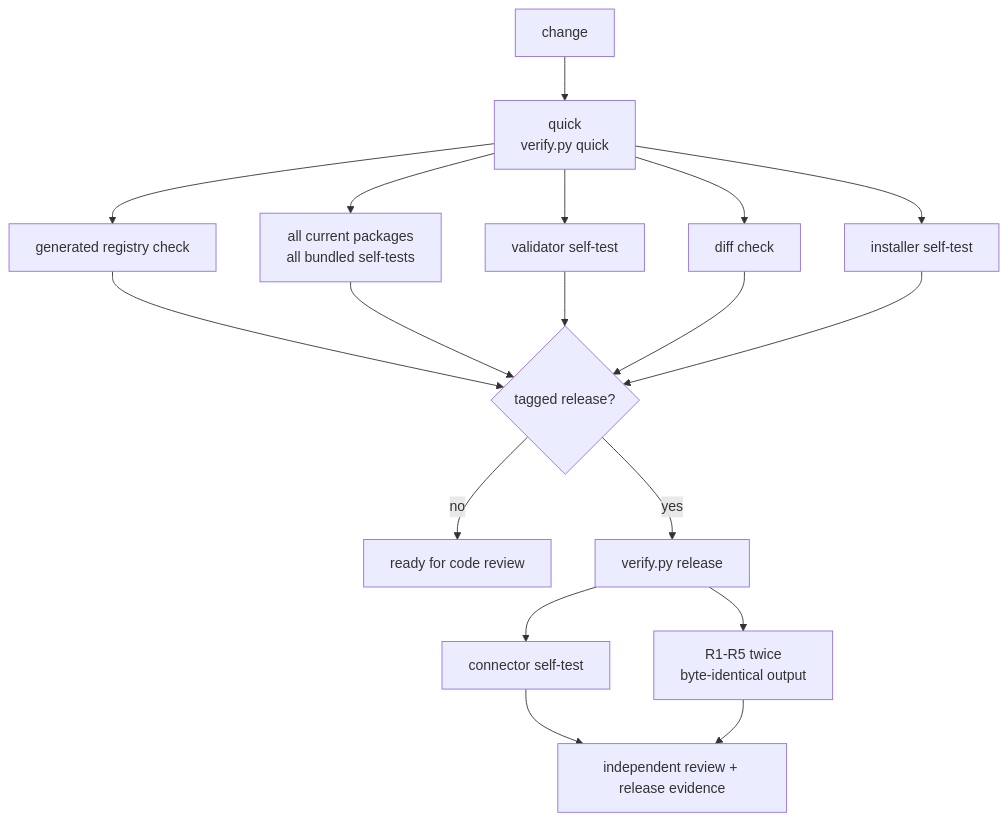
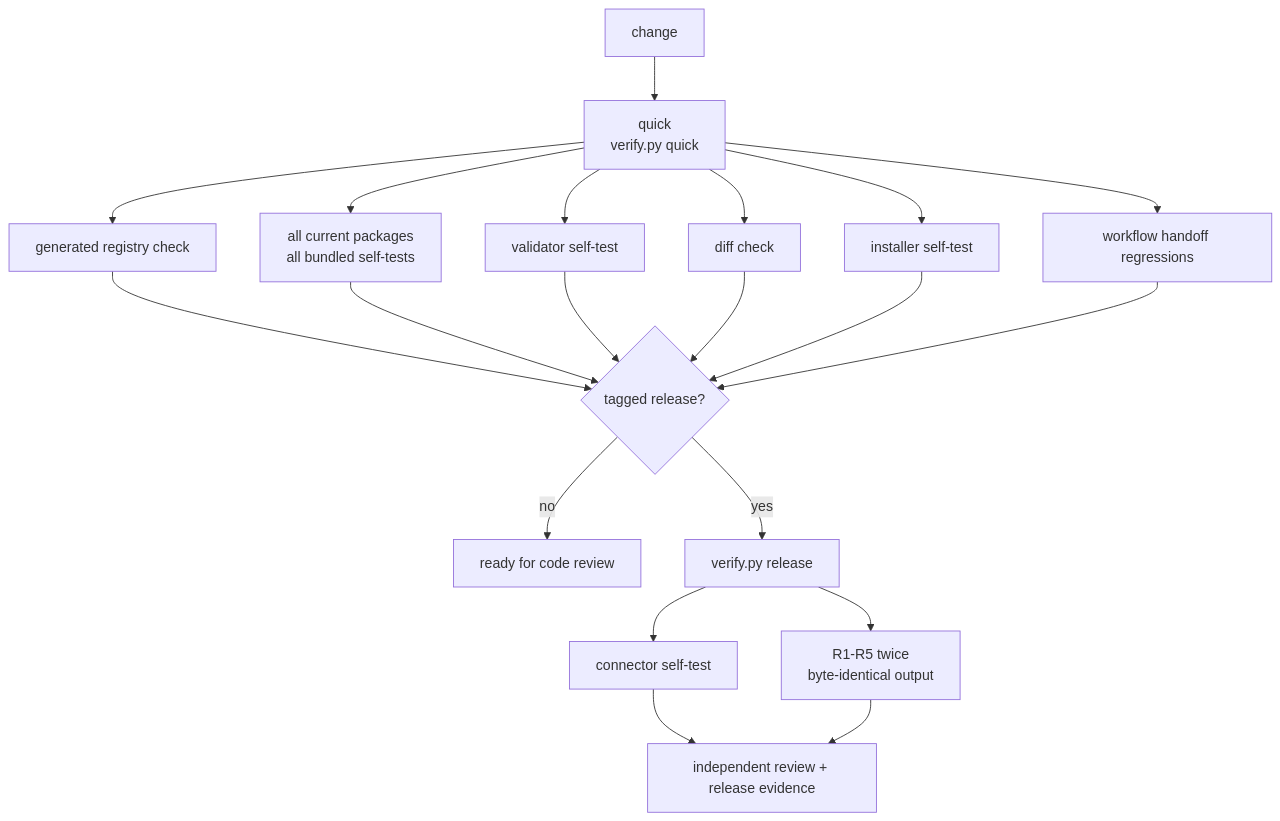
Before and after one commit to SteveTangent/goose-bio-skills: the diagram in docs/verification-pipeline.md, drawn with Mermaid. The commit also changed 14 other files, not shown here.

````diff
--- a/docs/verification-pipeline.md
+++ b/docs/verification-pipeline.md
@@ -7,20 +7,22 @@
 ```mermaid
 flowchart TD
     C["change"] --> Q["quick\nverify.py quick"]
     Q --> G["generated registry check"]
     Q --> S["all current packages\nall bundled self-tests"]
     Q --> V["validator self-test"]
     Q --> I["installer self-test"]
+    Q --> H["workflow handoff regressions"]
     Q --> D["diff check"]
     G --> R{"tagged release?"}
     S --> R
     V --> R
     D --> R
     I --> R
+    H --> R
     R -- "no" --> Done["ready for code review"]
     R -- "yes" --> Full["verify.py release"]
     Full --> X["connector self-test"]
     Full --> W["R1-R5 twice\nbyte-identical output"]
     X --> Seal["independent review + release evidence"]
     W --> Seal
 ```
````
